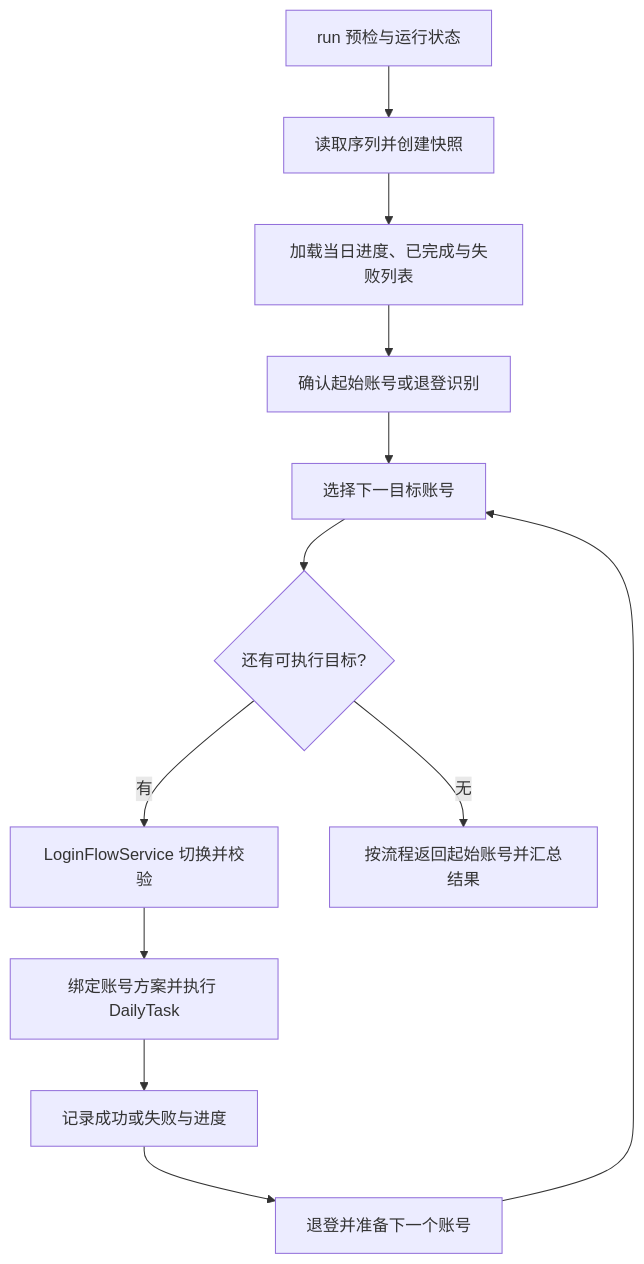
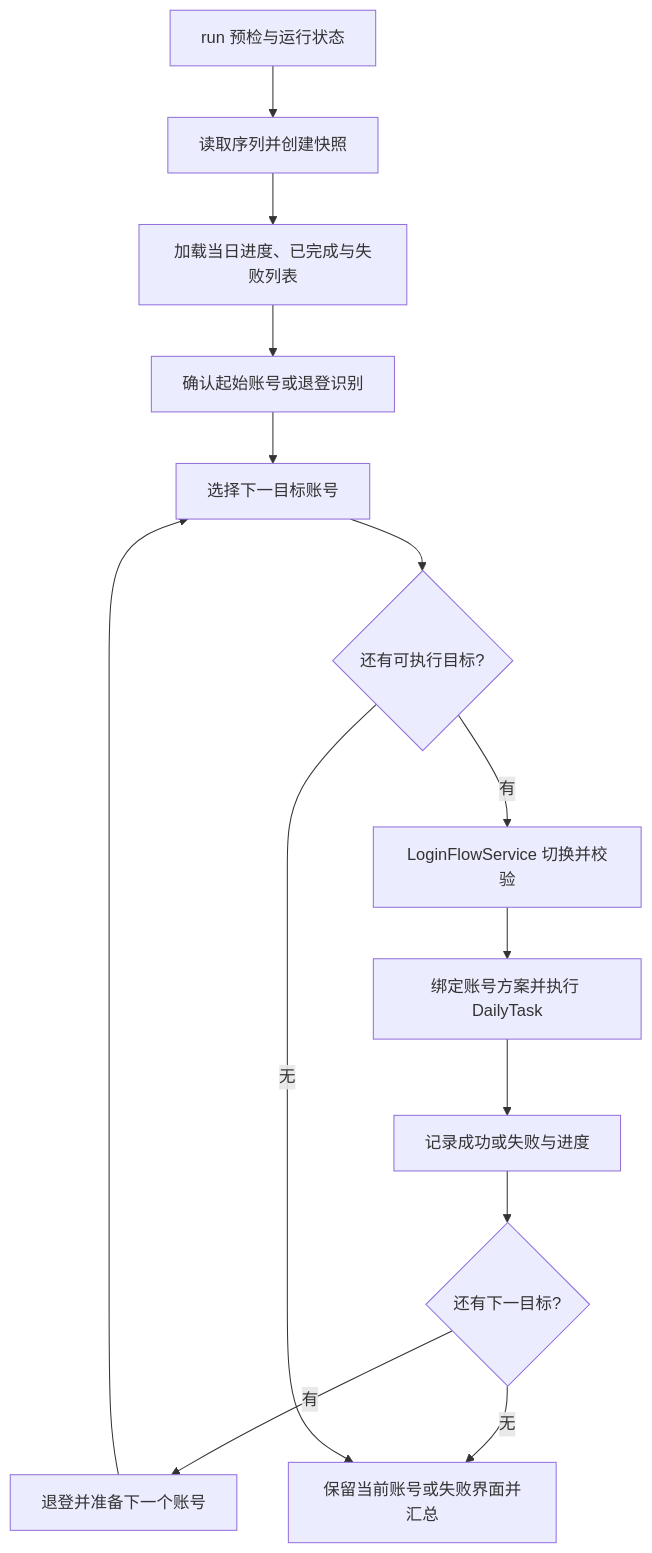
One commit to xihuojun2020-tech/okww-custom changed the third of 3 diagrams in docs/程序结构说明.md. Above: the diagram before and after it, drawn with Mermaid. The commit also changed other lines of this file and 30 other files, not shown here.

````diff
--- a/docs/程序结构说明.md
+++ b/docs/程序结构说明.md
@@ -547,14 +553,16 @@
 ```mermaid
 flowchart TD
     Start[run 预检与运行状态] --> Sequence[读取序列并创建快照]
     Sequence --> Resume[加载当日进度、已完成与失败列表]
     Resume --> Origin[确认起始账号或退登识别]
     Origin --> Next[选择下一目标账号]
     Next --> Has{还有可执行目标?}
     Has -->|有| Login[LoginFlowService 切换并校验]
     Login --> Daily[绑定账号方案并执行 DailyTask]
     Daily --> Record[记录成功或失败与进度]
-    Record --> Logout[退登并准备下一个账号]
+    Record --> More{还有下一目标?}
+    More -->|有| Logout[退登并准备下一个账号]
+    More -->|无| Return[保留当前账号或失败界面并汇总]
     Logout --> Next
-    Has -->|无| Return[按流程返回起始账号并汇总结果]
+    Has -->|无| Return
 ```
````
